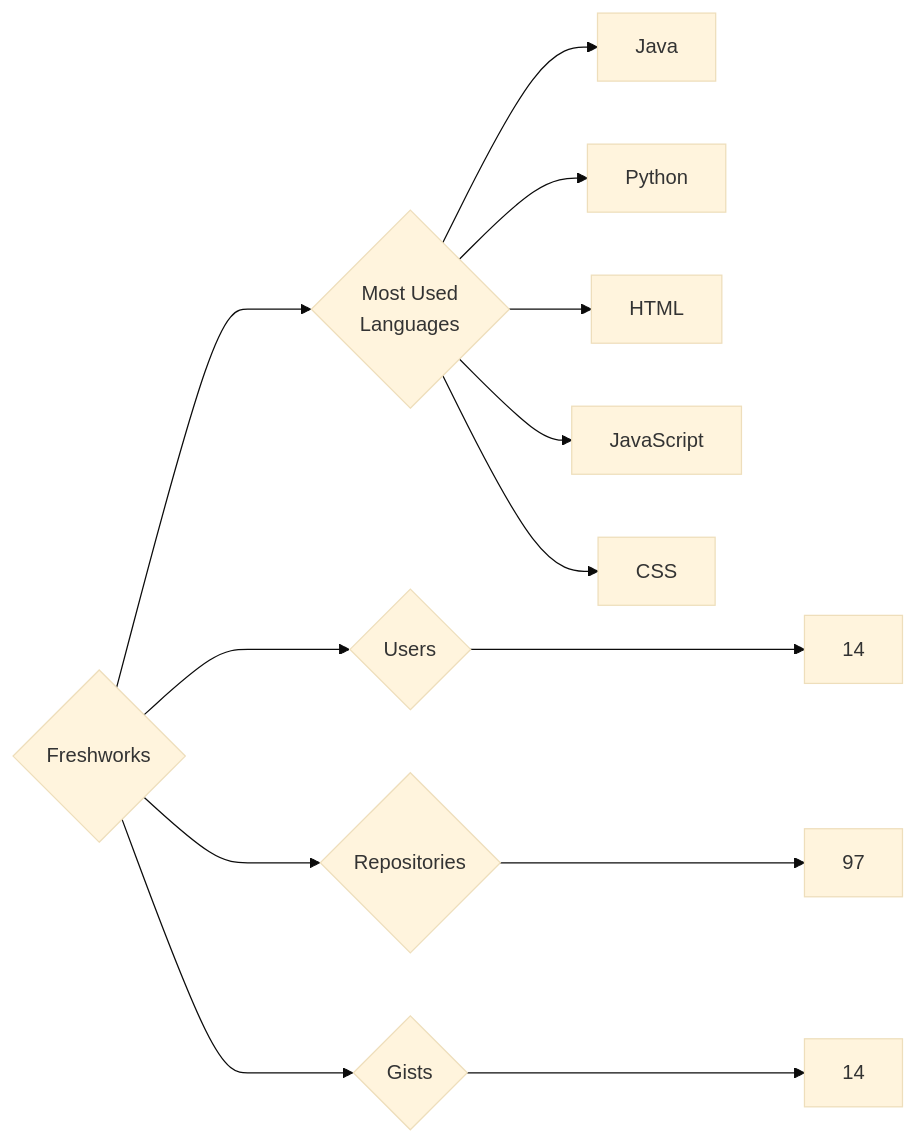
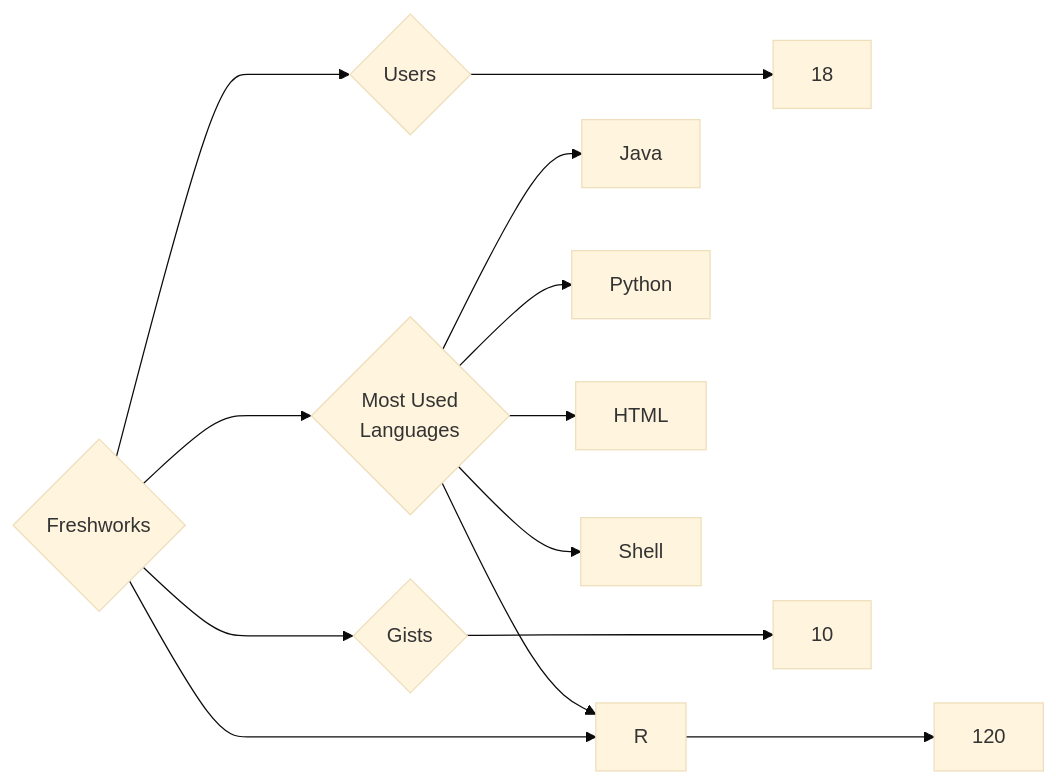
One commit to trickest/insiders changed the diagram in targets/Freshworks/README.md. Above: the diagram before and after it, drawn with Mermaid (base theme). The commit also changed 953 other files, not shown here.

````diff
--- a/targets/Freshworks/README.md
+++ b/targets/Freshworks/README.md
@@ -3,13 +3,13 @@
 ```mermaid
 graph LR
 COMPANY_NAME{Freshworks}
-COMPANY_NAME ---> U{Users} ---> UN[14]
-COMPANY_NAME ---> R{Repositories} ---> RN[97]
-COMPANY_NAME ---> G{Gists} ---> GN[14]
+COMPANY_NAME ---> U{Users} ---> UN[18]
+COMPANY_NAME ---> R{Repositories} ---> RN[120]
+COMPANY_NAME ---> G{Gists} ---> GN[10]
 COMPANY_NAME ---> ML{Most Used<br>Languages}
 ML --> Java[Java]
 ML --> Python[Python]
 ML --> HTML[HTML]
-ML --> JavaScript[JavaScript]
-ML --> CSS[CSS]
+ML --> R[R]
+ML --> Shell[Shell]
 ```
````
